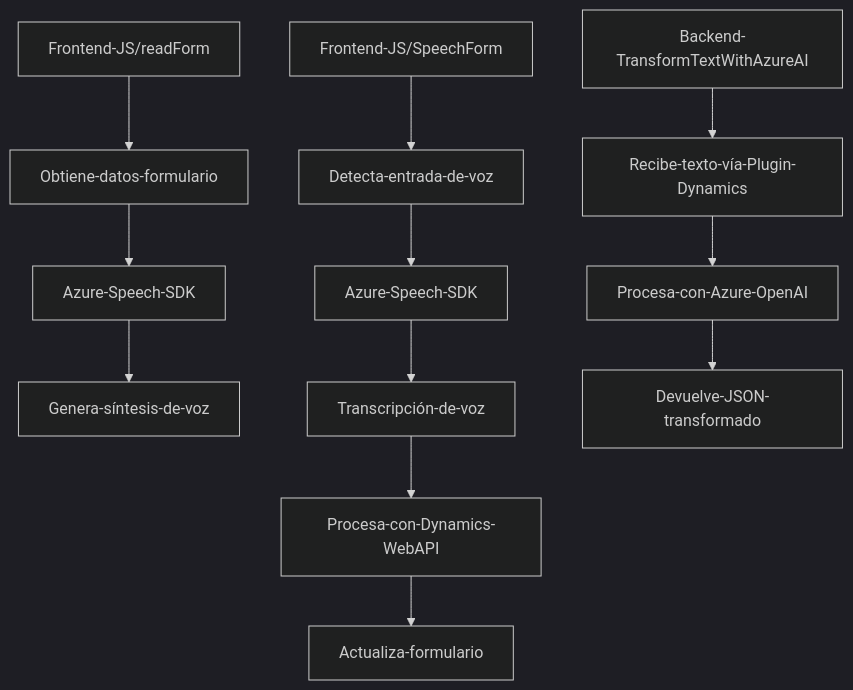
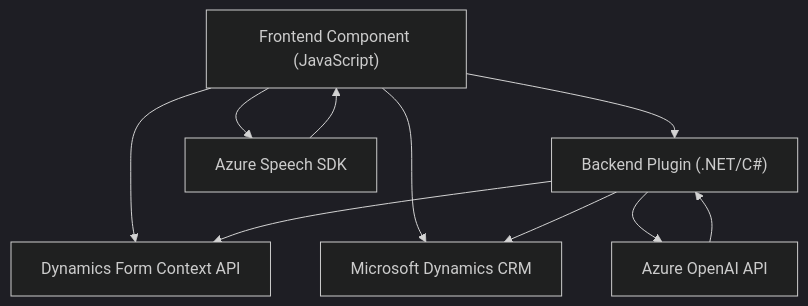
One commit to blopezdm/NETCORE_BILBAO2025 changed the diagram in README.md. Above: the diagram before and after it, drawn with Mermaid (dark theme). The commit also changed other lines of this file, not shown here.

Commit message:
Actualizar análisis global de la solución con IA

````diff
--- a/README.md
+++ b/README.md
@@ -48,16 +44,19 @@
 ```mermaid
 graph TD
-    A["Frontend-JS/readForm"] --> B["Obtiene-datos-formulario"]
-    B --> C["Azure-Speech-SDK"]
-    C --> D["Genera-síntesis-de-voz"]
+    A["Frontend Component (JavaScript)"]
+    B["Backend Plugin (.NET/C#)"]
+    C["Dynamics Form Context API"]
+    D["Azure Speech SDK"]
+    E["Azure OpenAI API"]
+    F["Microsoft Dynamics CRM"]
 
-    E["Frontend-JS/SpeechForm"] --> F["Detecta-entrada-de-voz"]
-    F --> G["Azure-Speech-SDK"]
-    G --> H["Transcripción-de-voz"]
-    H --> I["Procesa-con-Dynamics-WebAPI"]
-    I --> K["Actualiza-formulario"]
-
-    J["Backend-TransformTextWithAzureAI"] --> L["Recibe-texto-vía-Plugin-Dynamics"]
-    L --> M["Procesa-con-Azure-OpenAI"]
-    M --> N["Devuelve-JSON-transformado"]
+    A --> D
+    A --> C
+    A --> F
+    D --> A
+    A --> B
+    B --> F
+    B --> C
+    B --> E
+    E --> B
 ```
````
